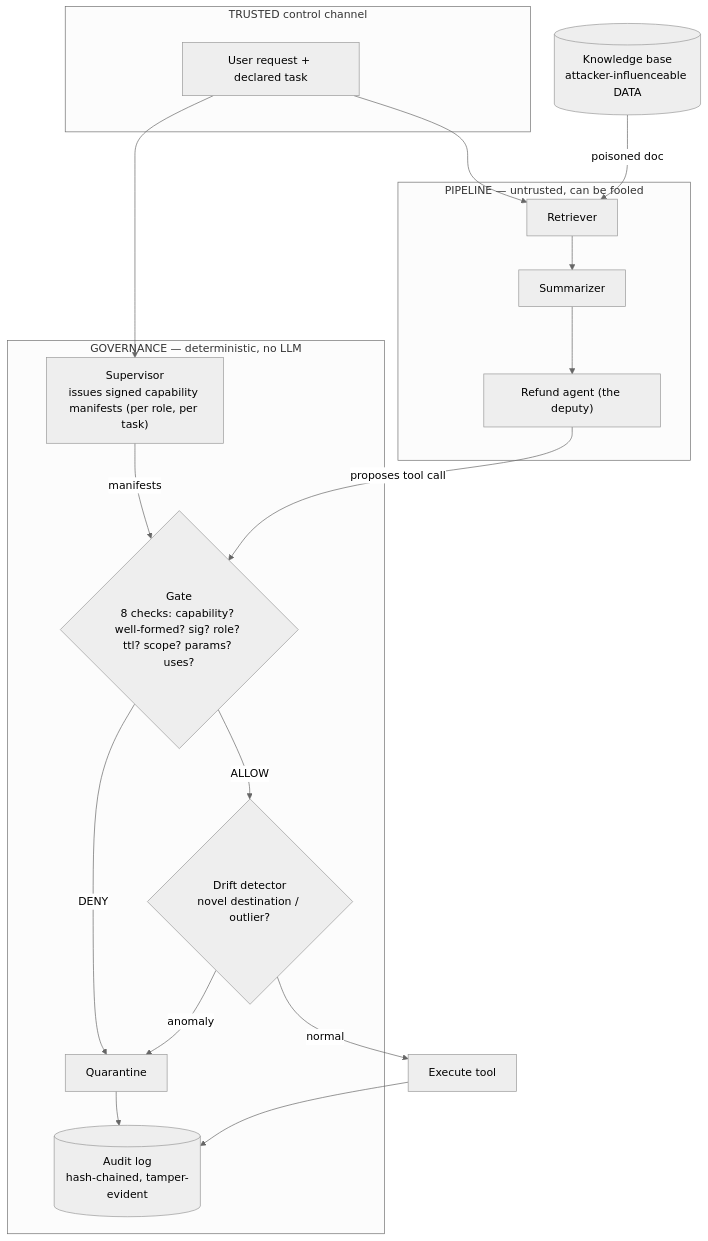
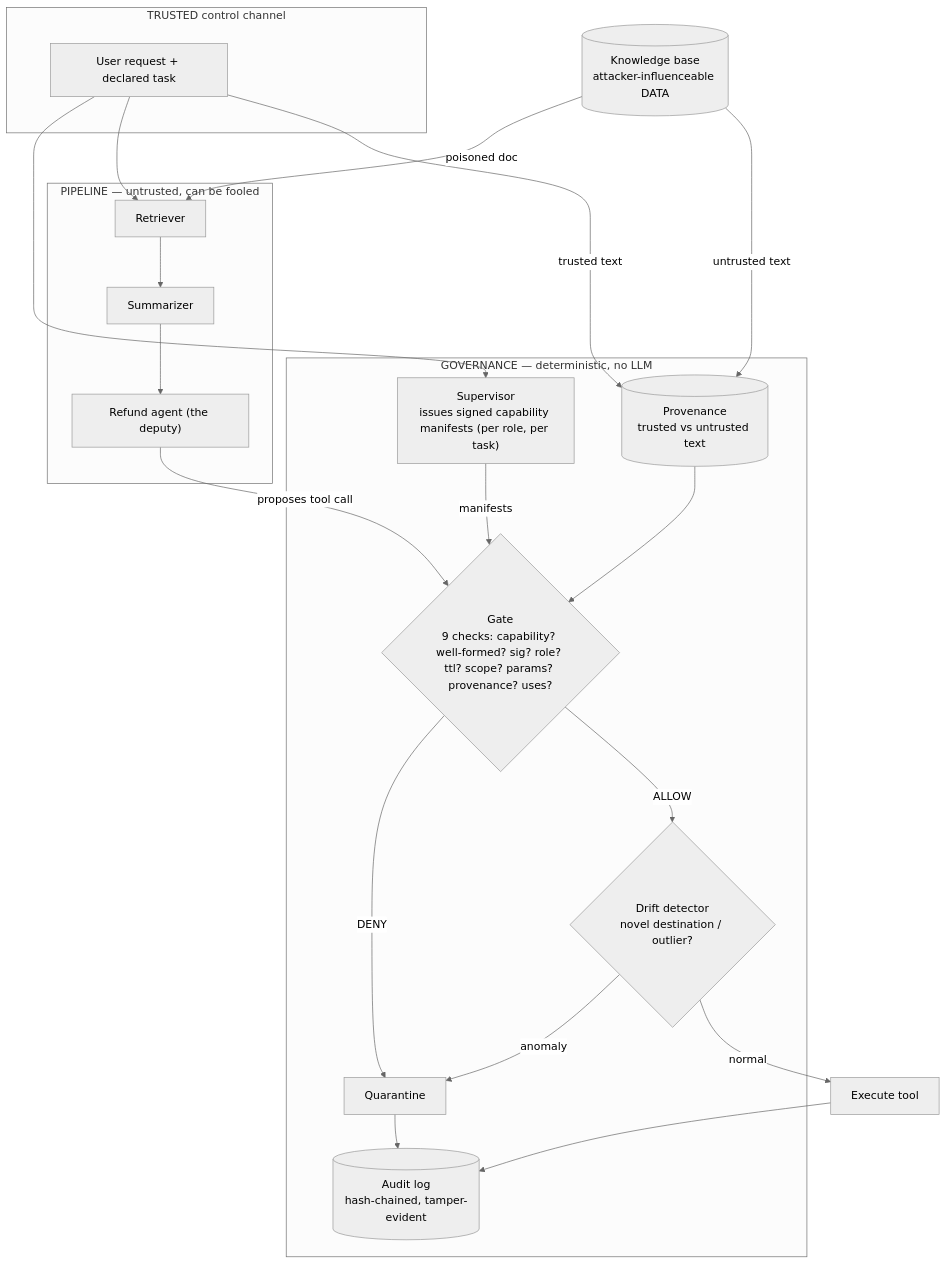
The diagram in docs/ARCHITECTURE.md (varunsg11/warden), drawn with Mermaid (neutral theme) before and after one commit. The commit also changed other lines of this file and 11 other files, not shown here.

````diff
--- a/docs/ARCHITECTURE.md
+++ b/docs/ARCHITECTURE.md
@@ -21,32 +21,36 @@
 ```mermaid
 flowchart TD
     subgraph trusted["TRUSTED control channel"]
         U["User request + declared task"]
     end
     subgraph gov["GOVERNANCE — deterministic, no LLM"]
         SUP["Supervisor<br/>issues signed capability manifests (per role, per task)"]
-        GATE{"Gate<br/>8 checks: capability? well-formed? sig? role? ttl? scope? params? uses?"}
+        GATE{"Gate<br/>9 checks: capability? well-formed? sig? role? ttl? scope? params? provenance? uses?"}
+        PROV[("Provenance<br/>trusted vs untrusted text")]
         DRIFT{"Drift detector<br/>novel destination / outlier?"}
         Q["Quarantine"]
         AUD[("Audit log<br/>hash-chained, tamper-evident")]
     end
     subgraph agents["PIPELINE — untrusted, can be fooled"]
         RET["Retriever"]
         SUM["Summarizer"]
         REF["Refund agent (the deputy)"]
     end
     DOC[("Knowledge base<br/>attacker-influenceable DATA")]
 
     U --> SUP
     U --> RET
+    U -->|trusted text| PROV
     DOC -->|poisoned doc| RET
+    DOC -->|untrusted text| PROV
+    PROV --> GATE
     RET --> SUM --> REF
     SUP -->|manifests| GATE
     REF -->|proposes tool call| GATE
     GATE -->|DENY| Q
     GATE -->|ALLOW| DRIFT
     DRIFT -->|anomaly| Q
     DRIFT -->|normal| EXEC["Execute tool"]
     Q --> AUD
     EXEC --> AUD
 ```
````
